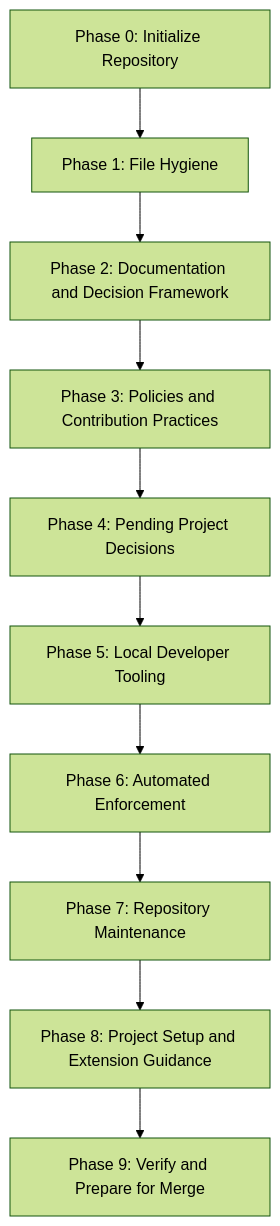
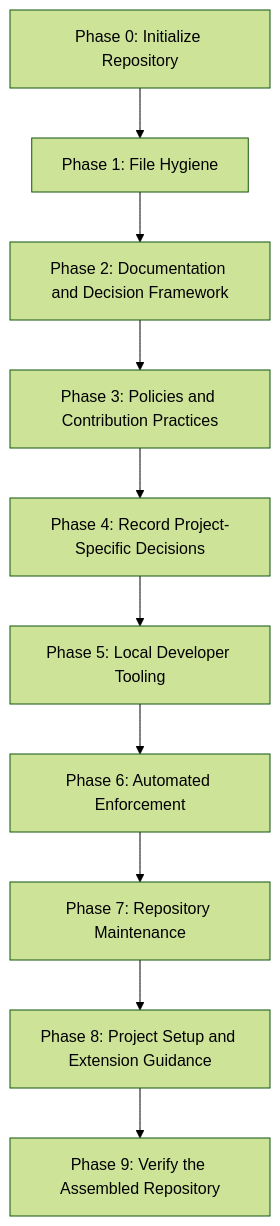
The diagram in docs/roadmap/milestone-0-repository-scaffolding.md (austinperrin/base), drawn with Mermaid (forest theme) before and after one commit. The commit also changed other lines of this file, not shown here.

Commit message:
docs: restore detailed scaffolding phase deliverables

````diff
--- a/docs/roadmap/milestone-0-repository-scaffolding.md
+++ b/docs/roadmap/milestone-0-repository-scaffolding.md
@@ -36,12 +37,12 @@
 ```mermaid
 flowchart TD
     P0["Phase 0: Initialize Repository"] --> P1["Phase 1: File Hygiene"]
     P1 --> P2["Phase 2: Documentation and Decision Framework"]
     P2 --> P3["Phase 3: Policies and Contribution Practices"]
-    P3 --> P4["Phase 4: Pending Project Decisions"]
+    P3 --> P4["Phase 4: Record Project-Specific Decisions"]
     P4 --> P5["Phase 5: Local Developer Tooling"]
     P5 --> P6["Phase 6: Automated Enforcement"]
     P6 --> P7["Phase 7: Repository Maintenance"]
     P7 --> P8["Phase 8: Project Setup and Extension Guidance"]
-    P8 --> P9["Phase 9: Verify and Prepare for Merge"]
+    P8 --> P9["Phase 9: Verify the Assembled Repository"]
 ```
````
